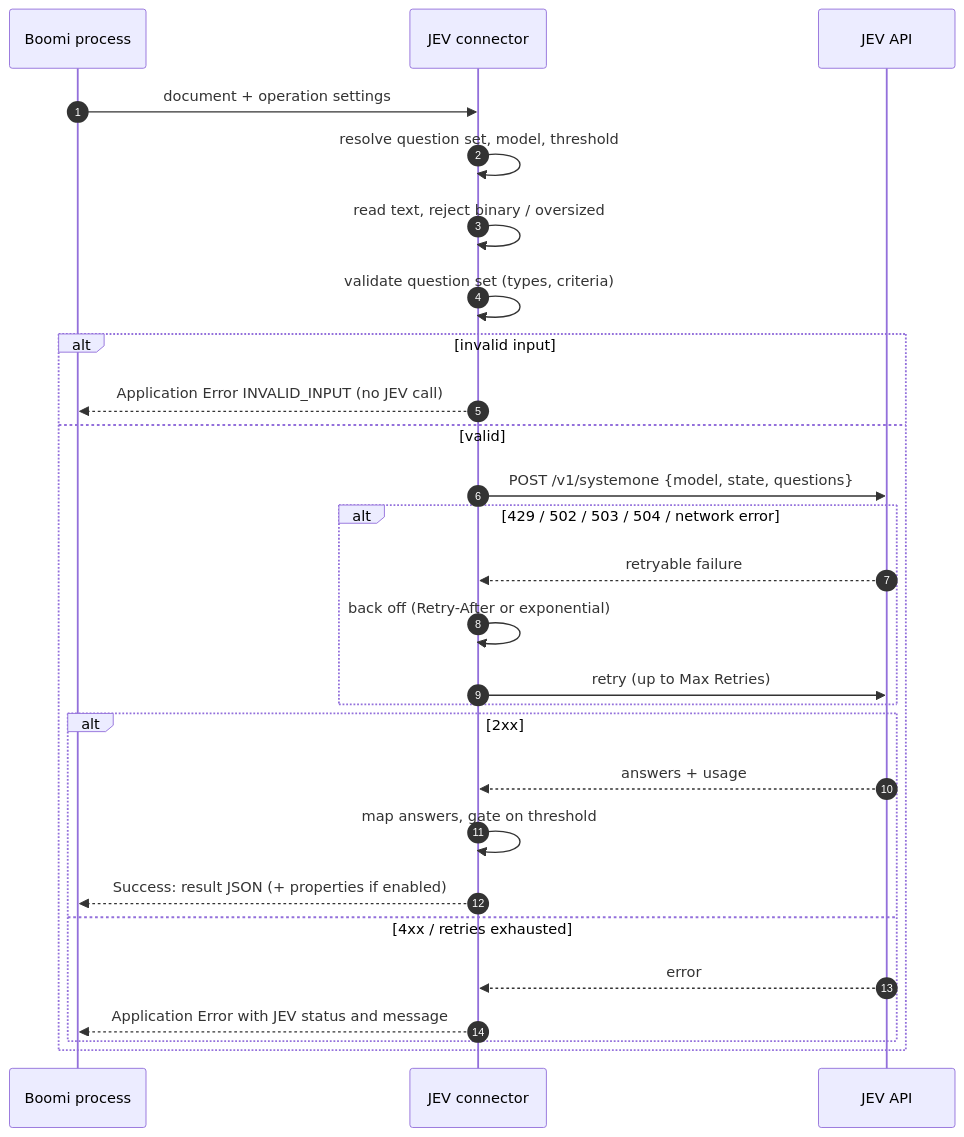
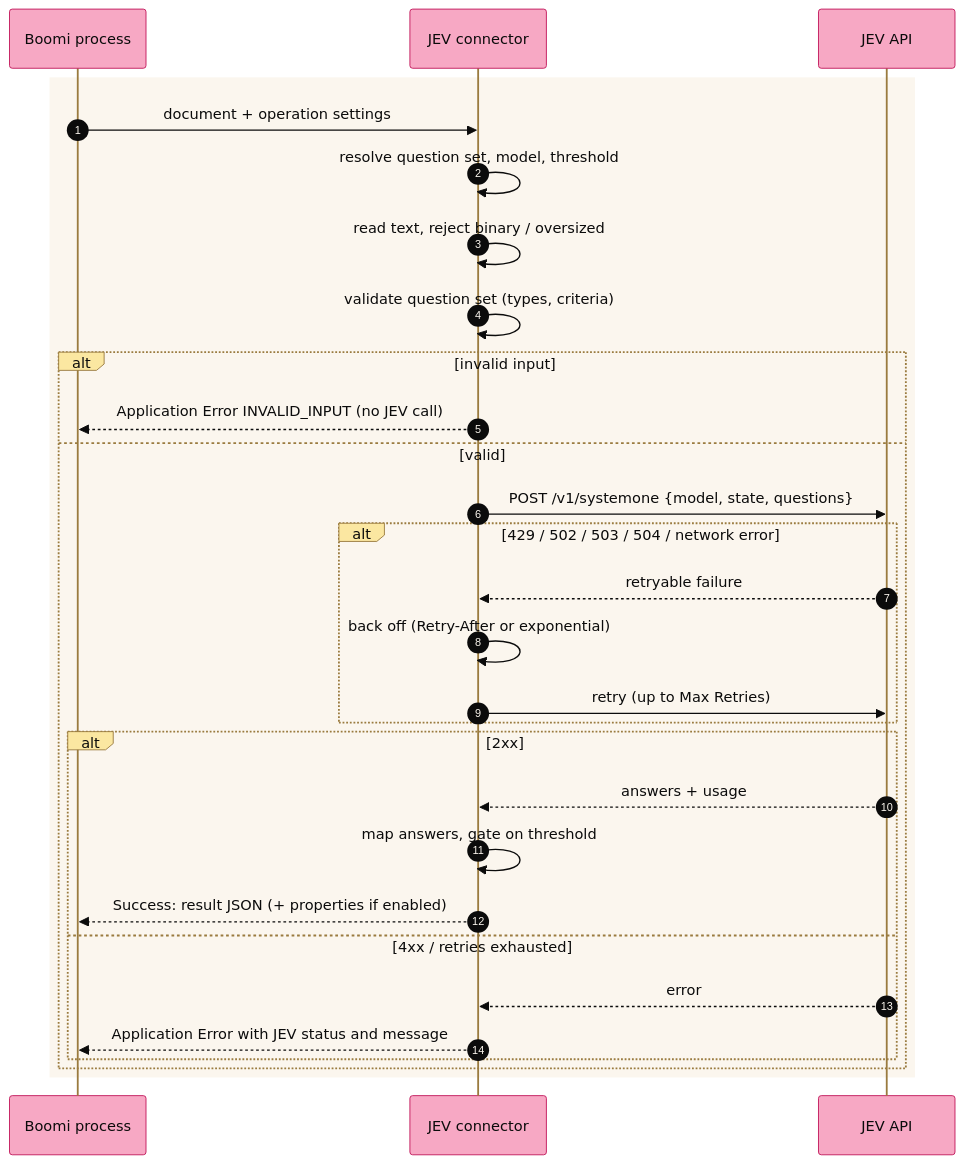
Before and after one commit to brianbrinley/BoomiCustomConnectors: the fifth of 5 diagrams in jev-connector/README.md, drawn with Mermaid. The commit also changed other lines of this file and 12 other files, not shown here.

````diff
--- a/jev-connector/README.md
+++ b/jev-connector/README.md
@@ -381,29 +422,32 @@
 ```mermaid
+%%{init: {"theme": "base", "fontFamily": "Josefin Sans, trebuchet ms, verdana, arial, sans-serif", "themeVariables": {"fontSize": "15px", "background": "#FBF6EE", "primaryColor": "#FBF6EE", "primaryTextColor": "#0B0B0B", "primaryBorderColor": "#9A7B3F", "lineColor": "#9A7B3F", "textColor": "#0B0B0B", "secondaryColor": "#9FDED6", "tertiaryColor": "#FBE7A1", "edgeLabelBackground": "#FBF6EE", "clusterBkg": "#FBF6EE", "clusterBorder": "#9A7B3F", "actorBkg": "#F7A8C4", "actorBorder": "#C2185B", "actorTextColor": "#0B0B0B", "actorLineColor": "#9A7B3F", "signalColor": "#0B0B0B", "signalTextColor": "#0B0B0B", "labelBoxBkgColor": "#FBE7A1", "labelBoxBorderColor": "#9A7B3F", "labelTextColor": "#0B0B0B", "loopTextColor": "#0B0B0B", "noteBkgColor": "#FBE7A1", "noteBorderColor": "#9A7B3F", "noteTextColor": "#0B0B0B", "activationBkgColor": "#9FDED6", "activationBorderColor": "#0F766E", "sequenceNumberColor": "#FBF6EE"}}}%%
 sequenceDiagram
     autonumber
     participant P as Boomi process
     participant C as JEV connector
     participant J as JEV API
+    rect rgb(251, 246, 238)
     P->>C: document + operation settings
     C->>C: resolve question set, model, threshold
     C->>C: read text, reject binary / oversized
     C->>C: validate question set (types, criteria)
     alt invalid input
         C-->>P: Application Error INVALID_INPUT (no JEV call)
     else valid
         C->>J: POST /v1/systemone {model, state, questions}
         alt 429 / 502 / 503 / 504 / network error
             J-->>C: retryable failure
             C->>C: back off (Retry-After or exponential)
             C->>J: retry (up to Max Retries)
         end
         alt 2xx
             J-->>C: answers + usage
             C->>C: map answers, gate on threshold
             C-->>P: Success: result JSON (+ properties if enabled)
         else 4xx / retries exhausted
             J-->>C: error
             C-->>P: Application Error with JEV status and message
         end
     end
+    end
 ```
````
